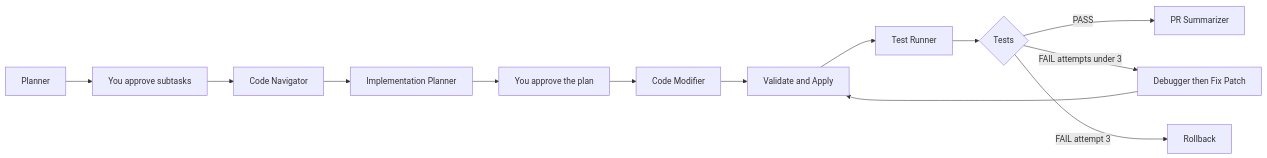
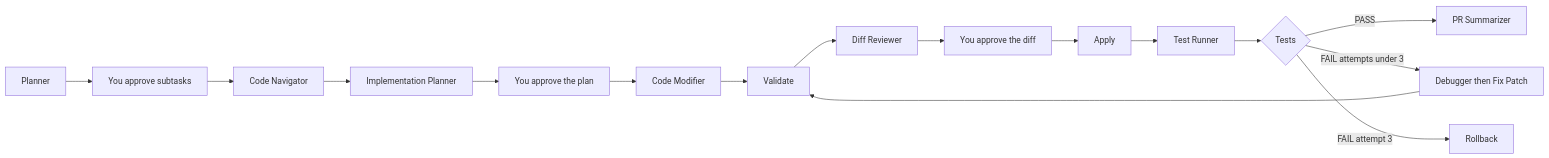
One commit to Souravmane3000/Prism changed the first of 2 diagrams in README.md. Above: the diagram before and after it, drawn with Mermaid. The commit also changed other lines of this file and 28 other files, not shown here.

First line of the commit message:
Implement Phase 5 Diff Reviewer and HITL #3.

````diff
--- a/README.md
+++ b/README.md
@@ -60,15 +62,18 @@
 ```mermaid
 flowchart LR
   A[Planner] --> H1[You approve subtasks]
   H1 --> B[Code Navigator]
   B --> C[Implementation Planner]
   C --> H2[You approve the plan]
   H2 --> CM[Code Modifier]
-  CM --> V[Validate and Apply]
-  V --> D[Test Runner]
+  CM --> V[Validate]
+  V --> DR[Diff Reviewer]
+  DR --> H3[You approve the diff]
+  H3 --> AP[Apply]
+  AP --> D[Test Runner]
   D --> R{Tests}
   R -->|PASS| F[PR Summarizer]
   R -->|FAIL attempts under 3| E[Debugger then Fix Patch]
   E --> V
   R -->|FAIL attempt 3| RB[Rollback]
 ```
````
